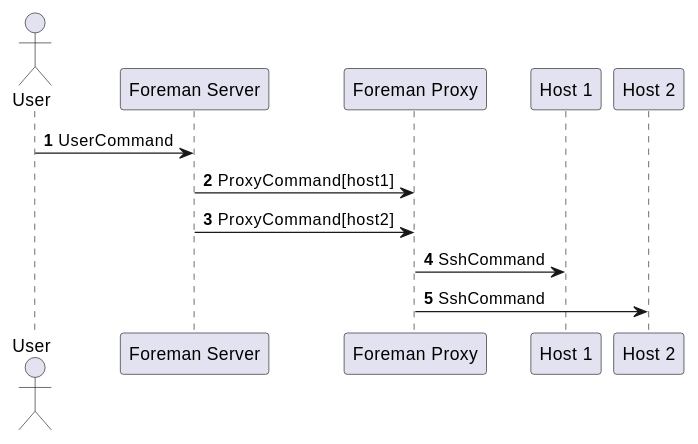
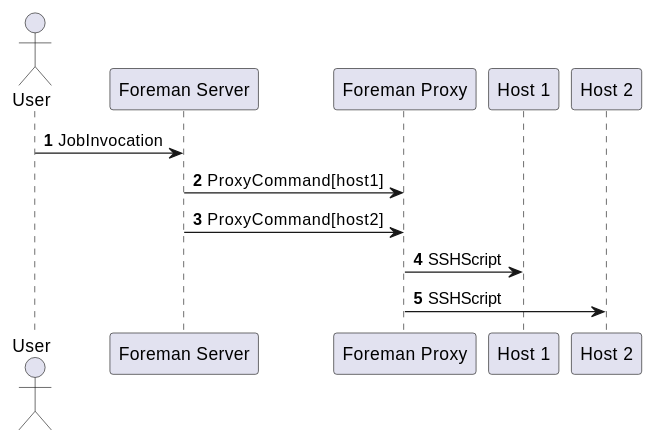
The third of 13 diagrams in doc/source/design/index.md (theforeman/foreman_remote_execution), drawn with PlantUML before and after one commit. The commit also changed other lines of this file, not shown here.

Commit message:
Unify jobs vs. execution vs. command wording

```diff
--- a/doc/source/design/index.md
+++ b/doc/source/design/index.md
@@ -178,14 +120,14 @@
 {% plantuml %}
 actor User
 participant "Foreman Server" as Foreman
 participant "Foreman Proxy" as Proxy
 participant "Host 1" as Host1
 participant "Host 2" as Host2
 
 autonumber
-User -> Foreman : UserCommand
+User -> Foreman : JobInvocation
 Foreman -> Proxy : ProxyCommand[host1]
 Foreman -> Proxy : ProxyCommand[host2]
-Proxy -> Host1 : SshCommand
-Proxy -> Host2 : SshCommand
+Proxy -> Host1 : SSHScript
+Proxy -> Host2 : SSHScript
 {% endplantuml %}
```
